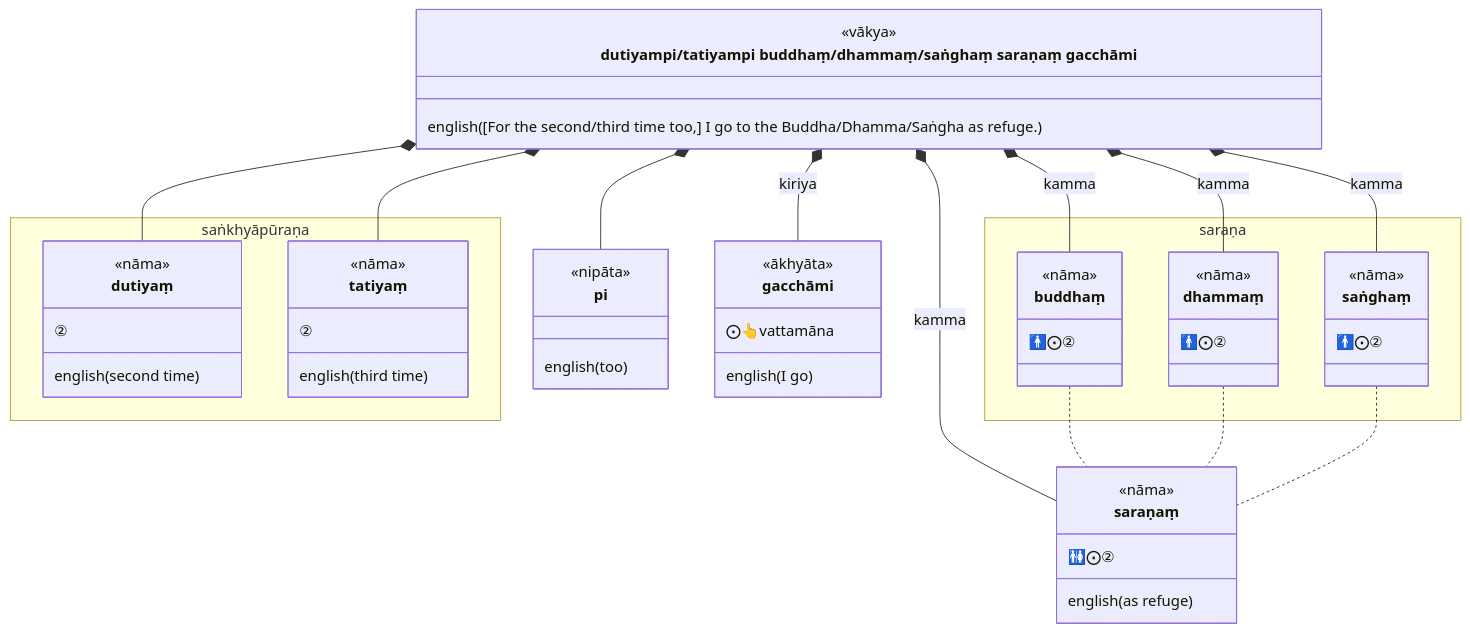
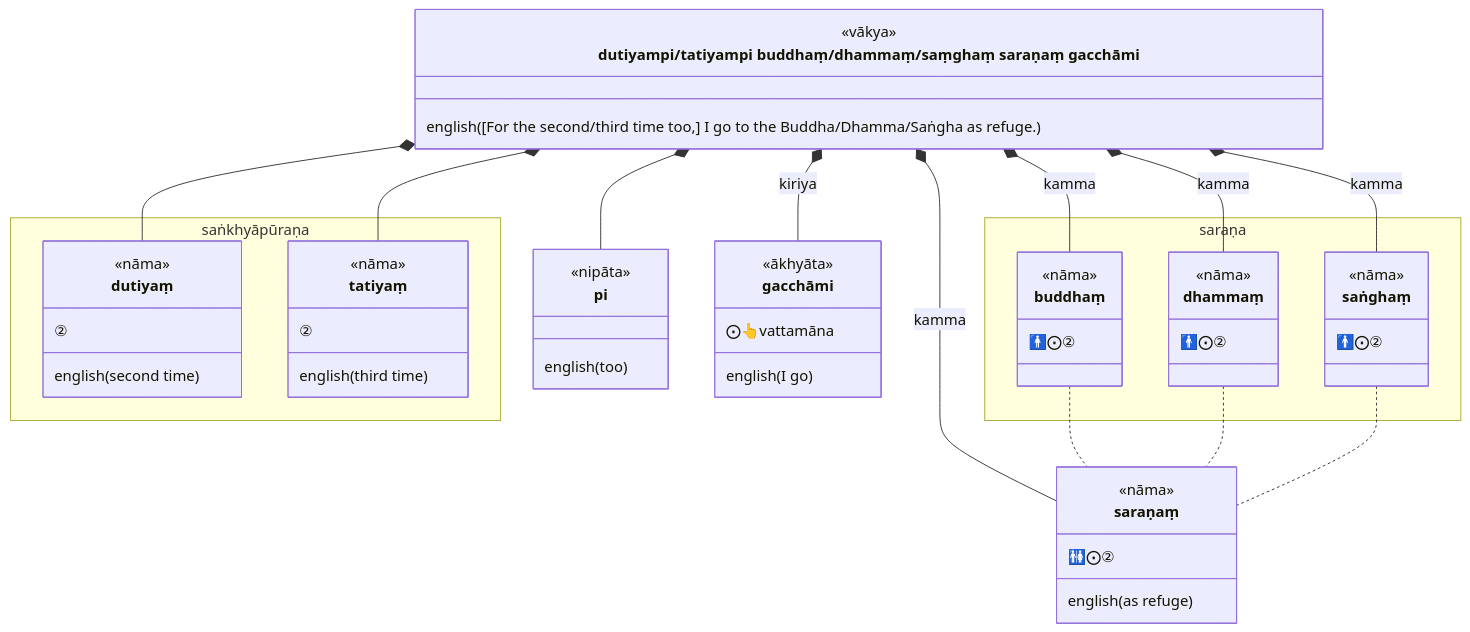
Before and after one commit to ChristineTham/buddhavacana: the first of 3 diagrams in src/content/docs/Sutta/refuges.md, drawn with Mermaid. The commit also changed other lines of this file and 87 other files, not shown here.

````diff
--- a/src/content/docs/Sutta/refuges.md
+++ b/src/content/docs/Sutta/refuges.md
@@ -23,58 +23,58 @@
 ```mermaid
 classDiagram
-  class sentence["dutiyampi/tatiyampi buddhaṃ/dhammaṃ/saṅghaṃ saraṇaṃ gacchāmi"] {
+  class sentence["dutiyampi/tatiyampi buddhaṃ/dhammaṃ/saṃghaṃ saraṇaṃ gacchāmi"] {
     <<vākya>>
     english([For the second/third time too,] I go to the Buddha/Dhamma/Saṅgha as refuge.)
   }
   namespace saṅkhyāpūraṇa {
     class dutiyaṃ {
       <<nāma>>
       ②
       english(second time)
     }
     class tatiyaṃ {
       <<nāma>>
       ②
       english(third time)
     }
   }
   class pi {
     <<nipāta>>
     english(too)
   }
   namespace saraṇa {
     class buddhaṃ {
       <<nāma>>
       🚹⨀②
     }
     class dhammaṃ {
       <<nāma>>
       🚹⨀②
     }
     class saṅghaṃ {
       <<nāma>>
       🚹⨀②
     }
   }
   class saraṇaṃ {
     <<nāma>>
      🚻⨀②
     english(as refuge)
   }
   class gacchāmi {
     <<ākhyāta>>
      ⨀👆vattamāna
     english(I go)
   }
   sentence *-- dutiyaṃ
   sentence *-- tatiyaṃ
   sentence *-- pi
   sentence *-- buddhaṃ : kamma
   sentence *-- dhammaṃ : kamma
   sentence *-- saṅghaṃ : kamma
   sentence *-- saraṇaṃ : kamma
   sentence *-- gacchāmi: kiriya
   buddhaṃ .. saraṇaṃ
   dhammaṃ .. saraṇaṃ
   saṅghaṃ .. saraṇaṃ
 ```
````
